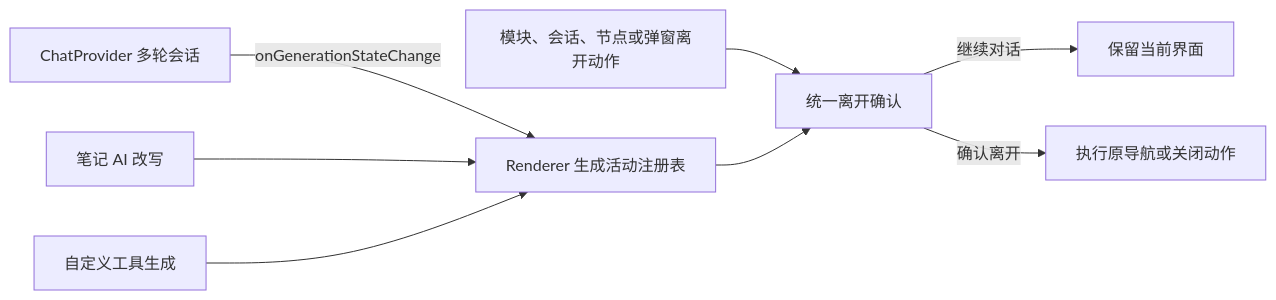
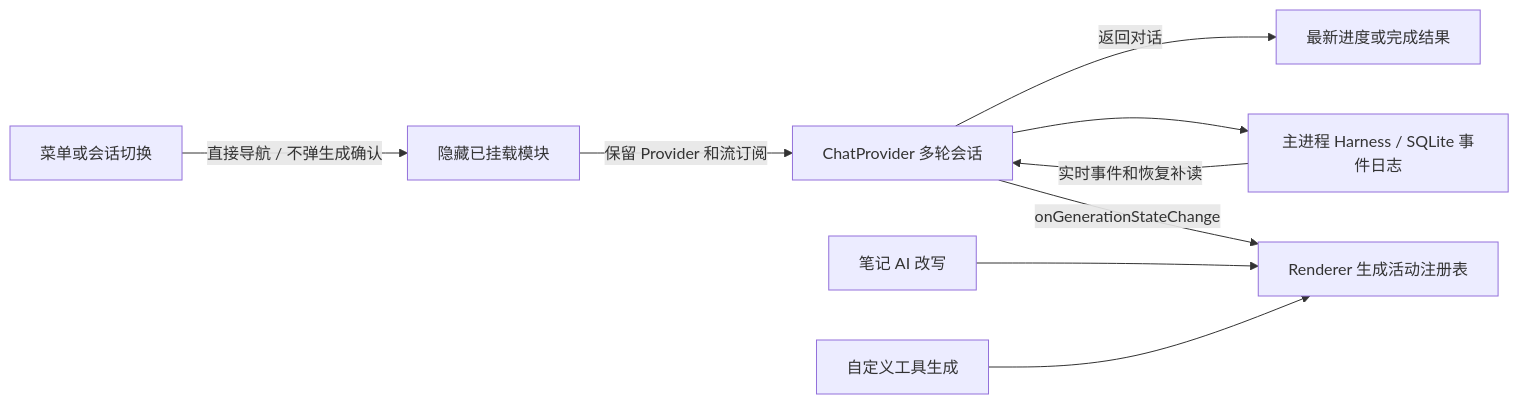
The fifth of 8 diagrams in docs/architecture/system-overview.md (zhangxinggang/momo-ai), drawn with Mermaid before and after one commit. The commit also changed other lines of this file and 168 other files, not shown here.

````diff
--- a/docs/architecture/system-overview.md
+++ b/docs/architecture/system-overview.md
@@ -225,10 +228,11 @@
 ```mermaid
 flowchart LR
   ChatProvider[ChatProvider 多轮会话] -->|onGenerationStateChange| Activity[Renderer 生成活动注册表]
   NoteComposer[笔记 AI 改写] --> Activity
   ToolComposer[自定义工具生成] --> Activity
-  Navigation[模块、会话、节点或弹窗离开动作] --> Guard[统一离开确认]
-  Activity --> Guard
-  Guard -->|继续对话| Stay[保留当前界面]
-  Guard -->|确认离开| Leave[执行原导航或关闭动作]
+  Navigation[菜单或会话切换] -->|直接导航 / 不弹生成确认| Visibility[隐藏已挂载模块]
+  Visibility -->|保留 Provider 和流订阅| ChatProvider
+  ChatProvider --> Runtime[主进程 Harness / SQLite 事件日志]
+  Runtime -->|实时事件和恢复补读| ChatProvider
+  ChatProvider -->|返回对话| Progress[最新进度或完成结果]
 ```
````
